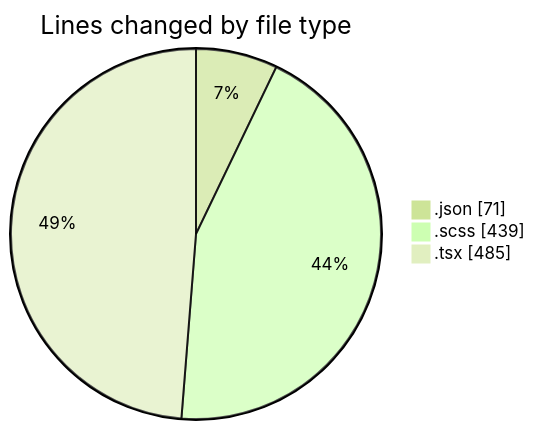
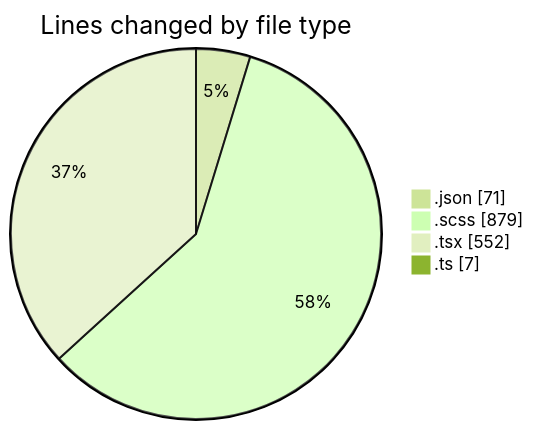
One commit to momahboobian/code-tracking changed the first of 2 diagrams in 2026-02-17/cda/README.md. Above: the diagram before and after it, drawn with Mermaid (forest theme). The commit also changed other lines of this file and 1 other file, not shown here.

````diff
--- a/2026-02-17/cda/README.md
+++ b/2026-02-17/cda/README.md
@@ -23,7 +27,8 @@
 ```mermaid
 pie showData
 title Lines changed by file type
 ".json" : 71
-".scss" : 439
-".tsx" : 485
+".scss" : 879
+".tsx" : 552
+".ts" : 7
 ```
````
